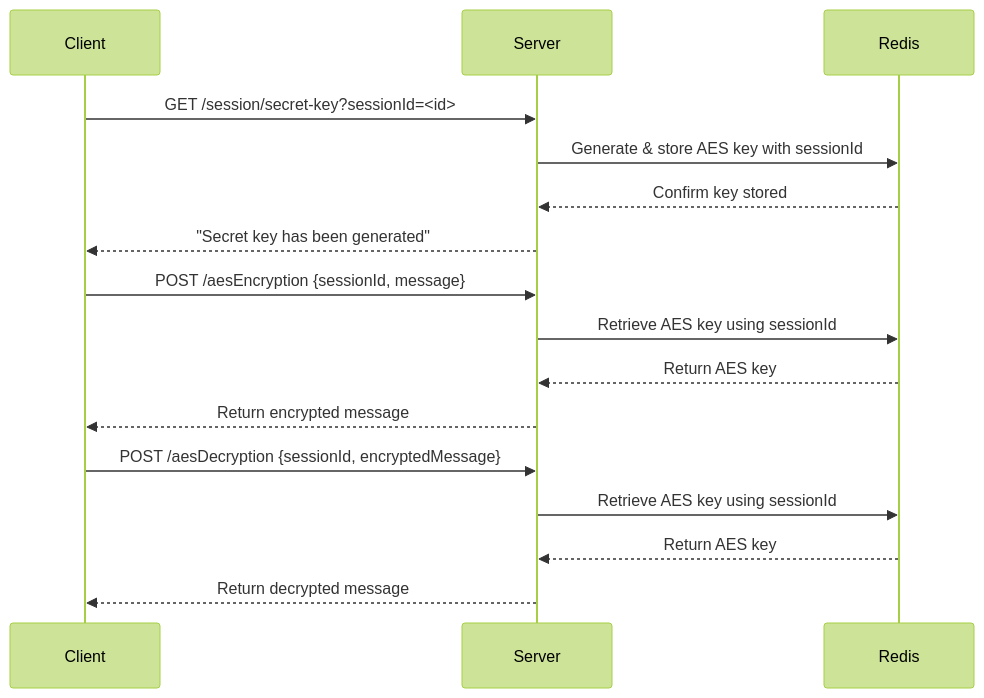
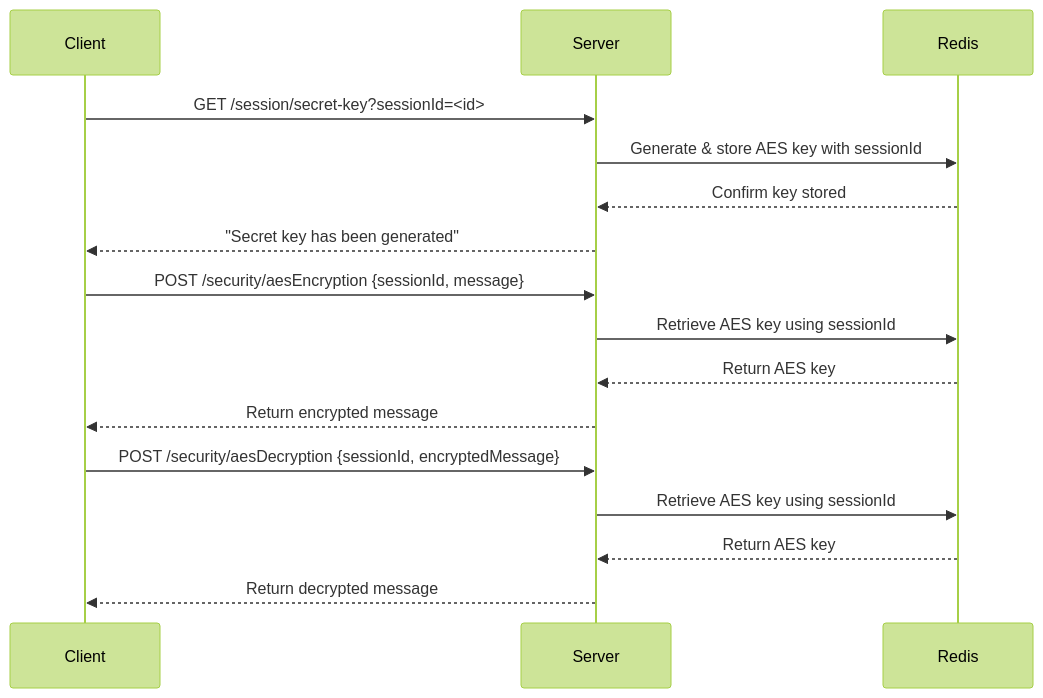
Before and after one commit to Toushika/java-security-rnd: the diagram in README.md, drawn with Mermaid (forest theme).

Commit message:
Improve Read Me

````diff
--- a/README.md
+++ b/README.md
@@ -223,22 +223,22 @@
 ```mermaid
 sequenceDiagram
     participant Client
     participant Server
     participant Redis
 
     Client->>Server: GET /session/secret-key?sessionId=<id>
     Server->>Redis: Generate & store AES key with sessionId
     Redis-->>Server: Confirm key stored
     Server-->>Client: "Secret key has been generated"
 
-    Client->>Server: POST /aesEncryption {sessionId, message}
+    Client->>Server: POST  /security/aesEncryption {sessionId, message}
     Server->>Redis: Retrieve AES key using sessionId
     Redis-->>Server: Return AES key
     Server-->>Client: Return encrypted message
 
-    Client->>Server: POST /aesDecryption {sessionId, encryptedMessage}
+    Client->>Server: POST  /security/aesDecryption {sessionId, encryptedMessage}
     Server->>Redis: Retrieve AES key using sessionId
     Redis-->>Server: Return AES key
     Server-->>Client: Return decrypted message
 
 ```
````
